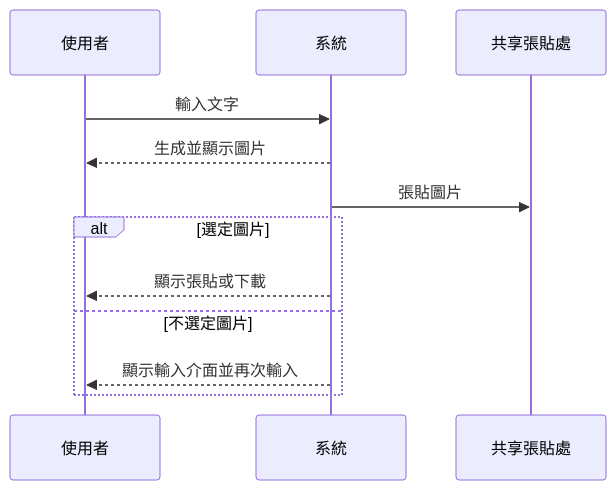
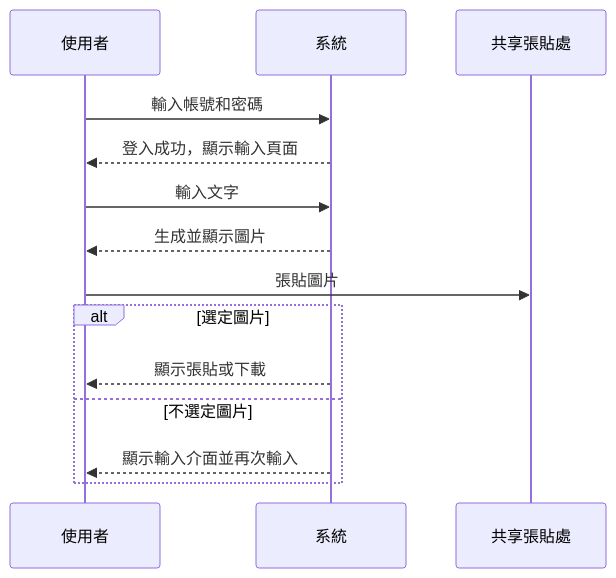
The third of 6 diagrams in HW5.md (pyparty2/Generative-Ai), drawn with Mermaid before and after one commit. The commit also changed other lines of this file, not shown here.

````diff
--- a/HW5.md
+++ b/HW5.md
@@ -33,16 +33,18 @@
 ```mermaid
 sequenceDiagram
     participant User as 使用者
     participant System as 系統
     participant Shareposting as 共享張貼處
 
+    User->>System: 輸入帳號和密碼
+    System-->>User: 登入成功，顯示輸入頁面
     User->>System: 輸入文字
     System-->>User: 生成並顯示圖片
-    System->>Shareposting: 張貼圖片
+    User->>Shareposting: 張貼圖片
    
     alt 選定圖片
         System-->>User: 顯示張貼或下載
     else 不選定圖片
         System-->>User: 顯示輸入介面並再次輸入
     end
 ```
````
